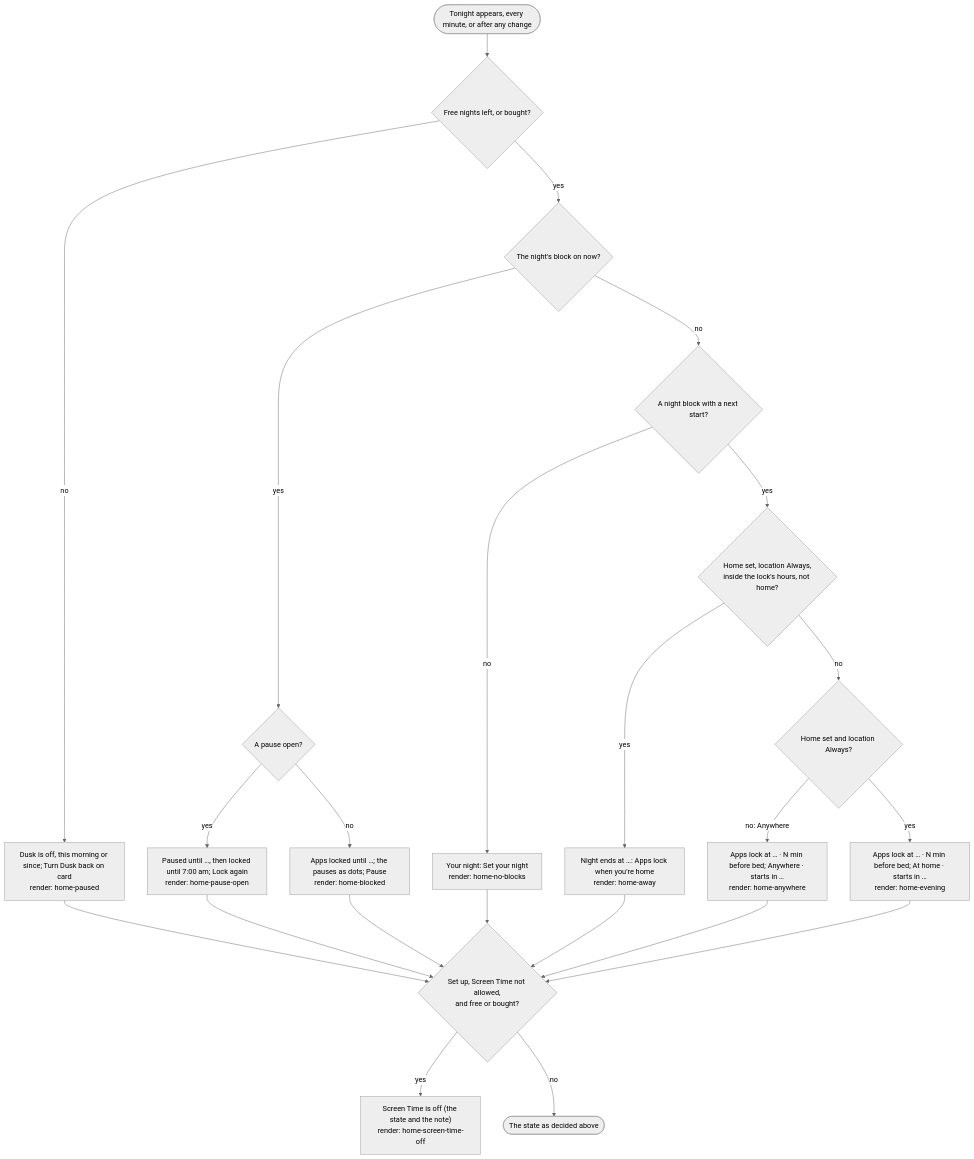
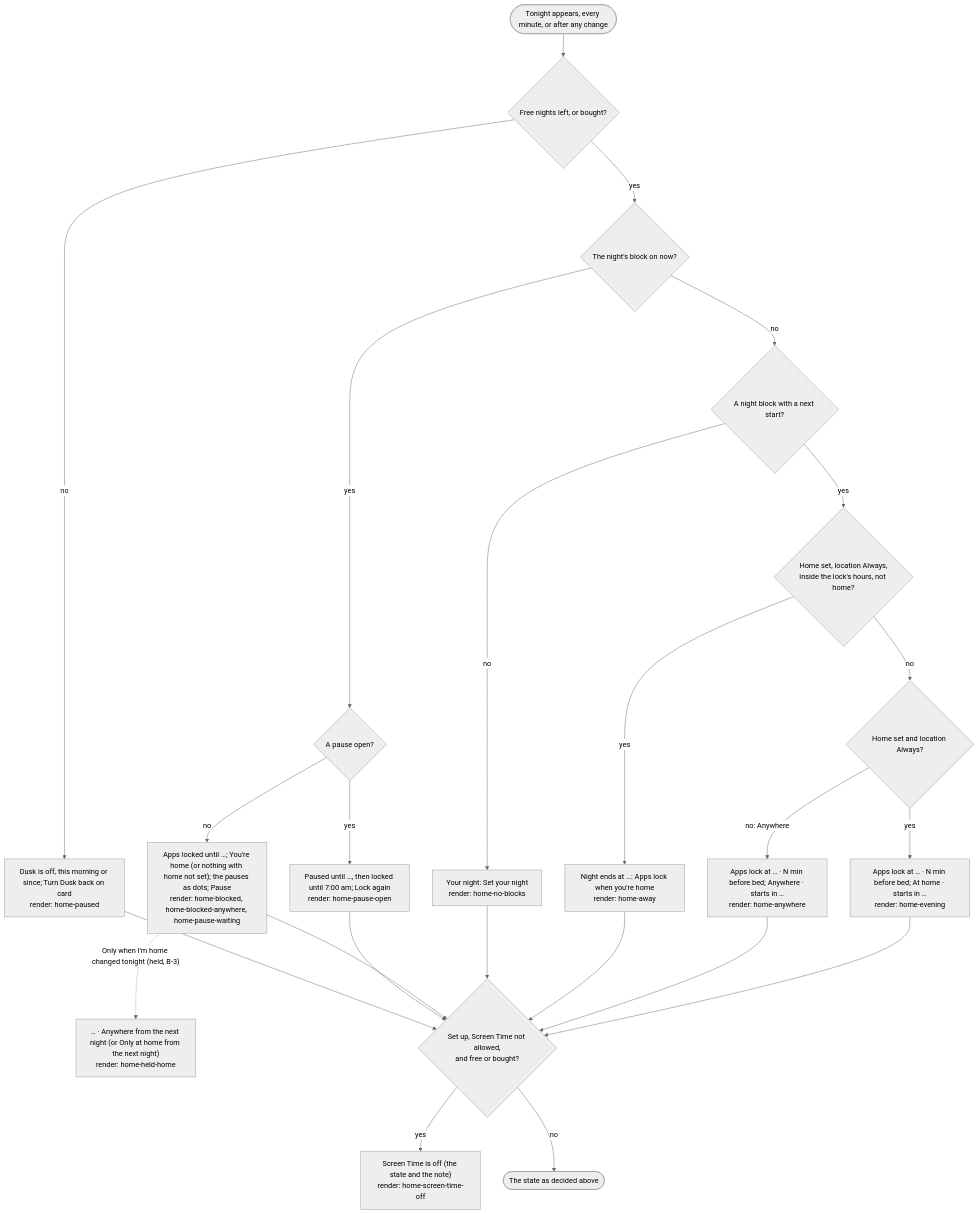
The first of 6 diagrams in docs/flows/tonight.md (adit-rah/toll), drawn with Mermaid (neutral theme) before and after one commit. The commit also changed other lines of this file and 9 other files, not shown here.

First line of the commit message:
Flows and design for the polish: pause, purchase, map, Tonight, buffers, renders (#124, #129, #135, #141, #151)

````diff
--- a/docs/flows/tonight.md
+++ b/docs/flows/tonight.md
@@ -13,27 +13,28 @@
 ```mermaid
 flowchart TD
   open(["Tonight appears, every minute, or after any change"]) --> entitled{"Free nights left, or bought?"}
   entitled -->|"no"| off["Dusk is off, this morning or since; Turn Dusk back on card<br/>render: home-paused"]
   entitled -->|"yes"| nightOn{"The night's block on now?"}
   nightOn -->|"yes"| pauseOpen{"A pause open?"}
   pauseOpen -->|"yes"| paused["Paused until …, then locked until 7:00 am; Lock again<br/>render: home-pause-open"]
-  pauseOpen -->|"no"| locked["Apps locked until …; the pauses as dots; Pause<br/>render: home-blocked"]
+  pauseOpen -->|"no"| locked["Apps locked until …; You're home (or nothing with home not set); the pauses as dots; Pause<br/>render: home-blocked, home-blocked-anywhere, home-pause-waiting"]
+  locked -.->|"Only when I'm home changed tonight (held, B-3)"| lockedHeld["… · Anywhere from the next night (or Only at home from the next night)<br/>render: home-held-home"]
   nightOn -->|"no"| hasNight{"A night block with a next start?"}
   hasNight -->|"no"| noNight["Your night: Set your night<br/>render: home-no-blocks"]
   hasNight -->|"yes"| awayCheck{"Home set, location Always,<br/>inside the lock's hours, not home?"}
   awayCheck -->|"yes"| away["Night ends at …: Apps lock when you're home<br/>render: home-away"]
   awayCheck -->|"no"| placeCheck{"Home set and location Always?"}
   placeCheck -->|"no: Anywhere"| anywhere["Apps lock at … · N min before bed; Anywhere · starts in …<br/>render: home-anywhere"]
   placeCheck -->|"yes"| evening["Apps lock at … · N min before bed; At home · starts in …<br/>render: home-evening"]
 
   off --> stCheck
   paused --> stCheck
   locked --> stCheck
   noNight --> stCheck
   away --> stCheck
   anywhere --> stCheck
   evening --> stCheck
   stCheck{"Set up, Screen Time not allowed,<br/>and free or bought?"}
   stCheck -->|"yes"| stOff["Screen Time is off (the state and the note)<br/>render: home-screen-time-off"]
   stCheck -->|"no"| shown(["The state as decided above"])
 ```
````
